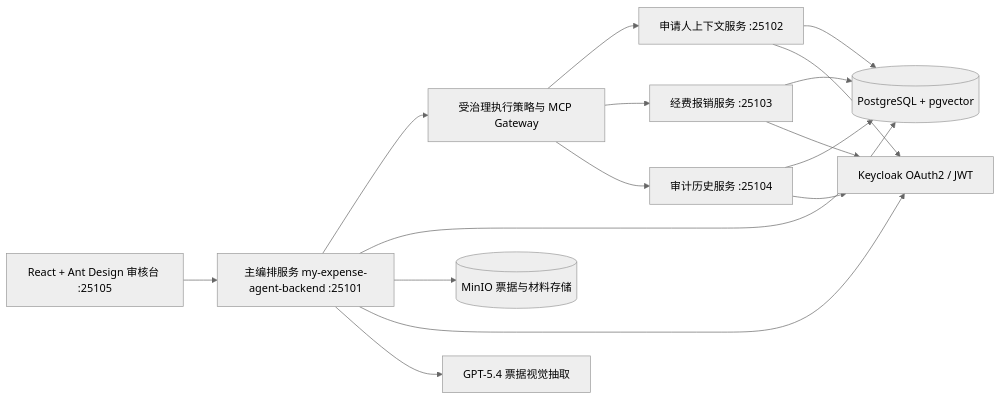
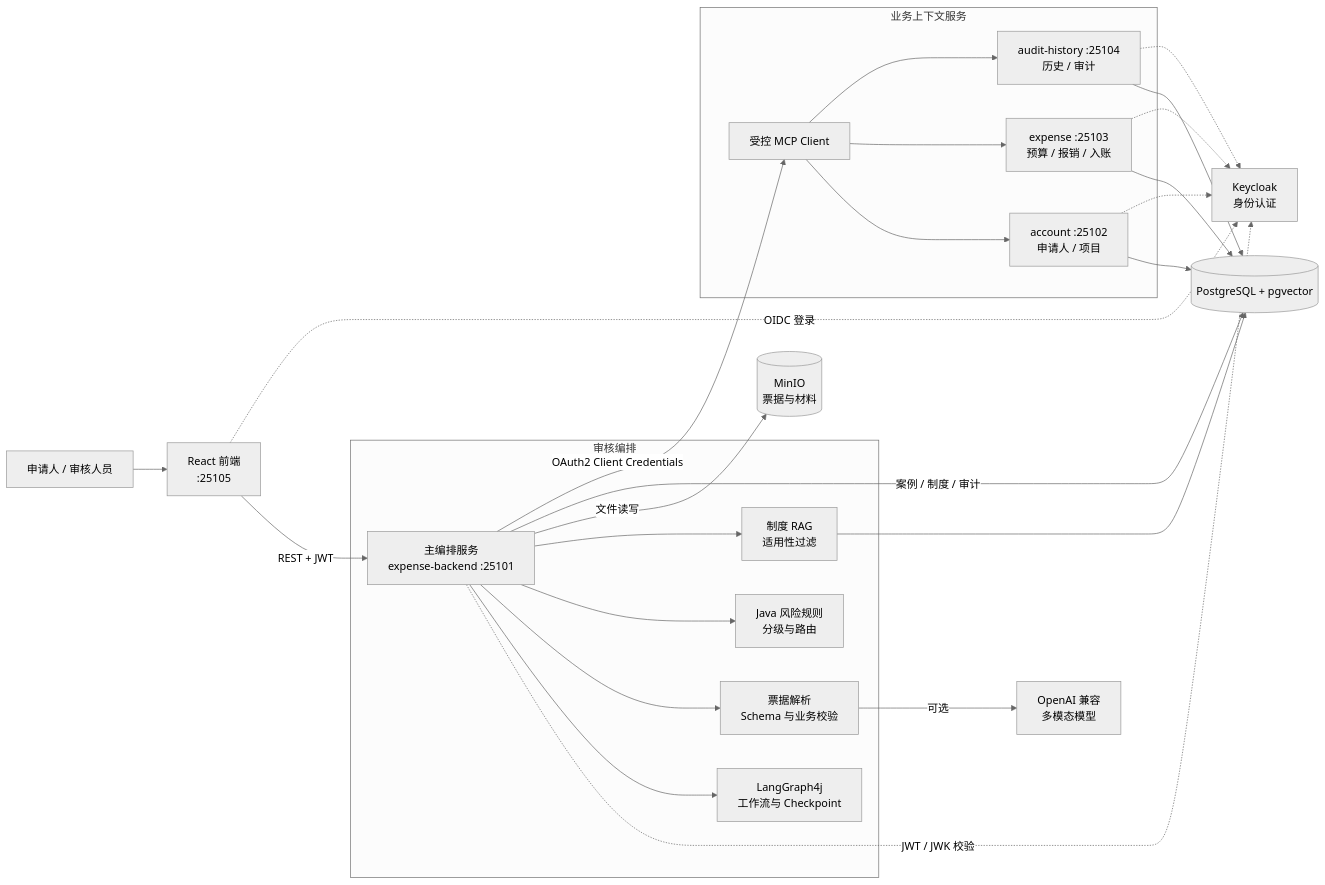
Before and after one commit to yangaobo0235/my-expense-agent: the diagram in README.md, drawn with Mermaid (neutral theme). The commit also changed other lines of this file and 100 other files, not shown here.

````diff
--- a/README.md
+++ b/README.md
@@ -49,23 +18,34 @@
 ```mermaid
 flowchart LR
-    Web["React + Ant Design 审核台 :25105"] --> Backend["主编排服务 my-expense-agent-backend :25101"]
+    User["申请人 / 审核人员"] --> Web["React 前端<br/>:25105"]
+    Web -->|"REST + JWT"| Backend["主编排服务<br/>expense-backend :25101"]
+    Web -.->|"OIDC 登录"| Keycloak["Keycloak<br/>身份认证"]
+    Backend -.->|"JWT / JWK 校验"| Keycloak
 
-    Backend --> Governance["受治理执行策略与 MCP Gateway"]
-    Governance --> Account["申请人上下文服务 :25102"]
-    Governance --> Fund["经费报销服务 :25103"]
-    Governance --> Audit["审计历史服务 :25104"]
+    subgraph Review["审核编排"]
+        Backend --> Graph["LangGraph4j<br/>工作流与 Checkpoint"]
+        Backend --> Extract["票据解析<br/>Schema 与业务校验"]
+        Backend --> Risk["Java 风险规则<br/>分级与路由"]
+        Backend --> Rag["制度 RAG<br/>适用性过滤"]
+    end
 
-    Backend --> DB[("PostgreSQL + pgvector")]
-    Account --> DB
-    Fund --> DB
-    Audit --> DB
+    Backend -->|"文件读写"| MinIO[("MinIO<br/>票据与材料")]
+    Backend -->|"案例 / 制度 / 审计"| PostgreSQL[("PostgreSQL + pgvector")]
+    Extract -->|"可选"| Model["OpenAI 兼容<br/>多模态模型"]
+    Rag --> PostgreSQL
 
-    Backend --> MinIO[("MinIO 票据与材料存储")]
-    Backend --> Keycloak["Keycloak OAuth2 / JWT"]
-    Account --> Keycloak
-    Fund --> Keycloak
-    Audit --> Keycloak
+    Backend -->|"OAuth2 Client Credentials"| McpGateway["受控 MCP Client"]
 
-    Backend --> OpenAI["GPT-5.4 票据视觉抽取"]
+    subgraph Context["业务上下文服务"]
+        McpGateway --> Account["account :25102<br/>申请人 / 项目"]
+        McpGateway --> Expense["expense :25103<br/>预算 / 报销 / 入账"]
+        McpGateway --> Audit["audit-history :25104<br/>历史 / 审计"]
+    end
 
+    Account --> PostgreSQL
+    Expense --> PostgreSQL
+    Audit --> PostgreSQL
+    Account -.-> Keycloak
+    Expense -.-> Keycloak
+    Audit -.-> Keycloak
 ```
````
